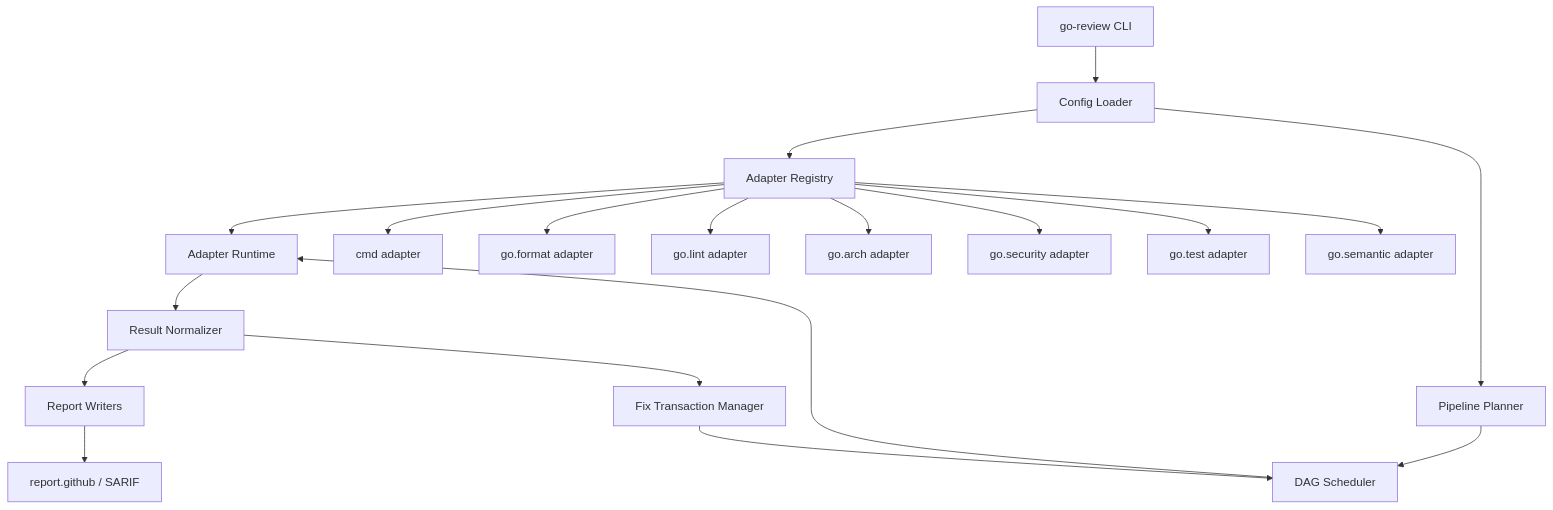
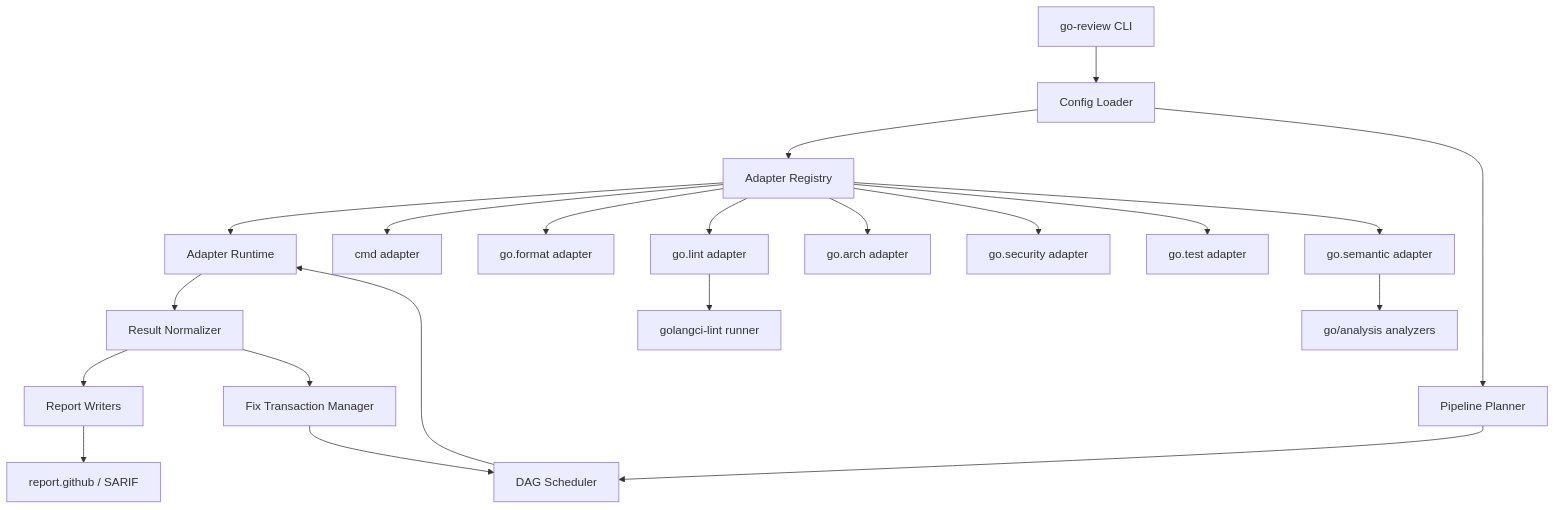
The diagram in docs/backend/rule-engine-and-autofix.md (v111nce/go-review), drawn with Mermaid before and after one commit. The commit also changed other lines of this file and 28 other files, not shown here.

````diff
--- a/docs/backend/rule-engine-and-autofix.md
+++ b/docs/backend/rule-engine-and-autofix.md
@@ -29,32 +31,34 @@
 ```mermaid
 flowchart TD
   cli[go-review CLI]
   cfg[Config Loader]
   registry[Adapter Registry]
   planner[Pipeline Planner]
   scheduler[DAG Scheduler]
   runtime[Adapter Runtime]
   normalizer[Result Normalizer]
   fixer[Fix Transaction Manager]
   writers[Report Writers]
 
   cli --> cfg
   cfg --> registry
   cfg --> planner
   planner --> scheduler
   scheduler --> runtime
   registry --> runtime
   runtime --> normalizer
   normalizer --> writers
   normalizer --> fixer
   fixer --> scheduler
 
   registry --> cmd[cmd adapter]
   registry --> format[go.format adapter]
   registry --> lint[go.lint adapter]
   registry --> arch[go.arch adapter]
   registry --> security[go.security adapter]
   registry --> test[go.test adapter]
   registry --> semantic[go.semantic adapter]
+  lint --> gcl[golangci-lint runner]
+  semantic --> analysis[go/analysis analyzers]
   writers --> github[report.github / SARIF]
 ```
````
